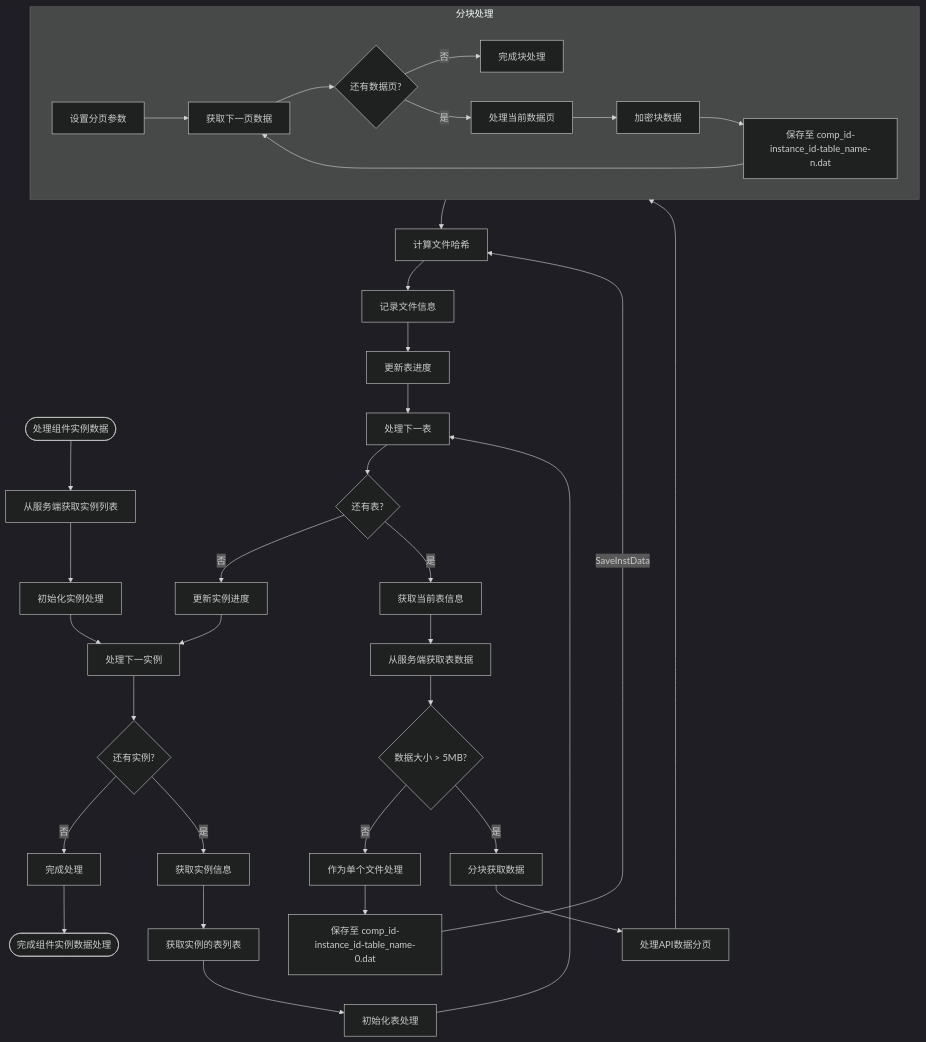
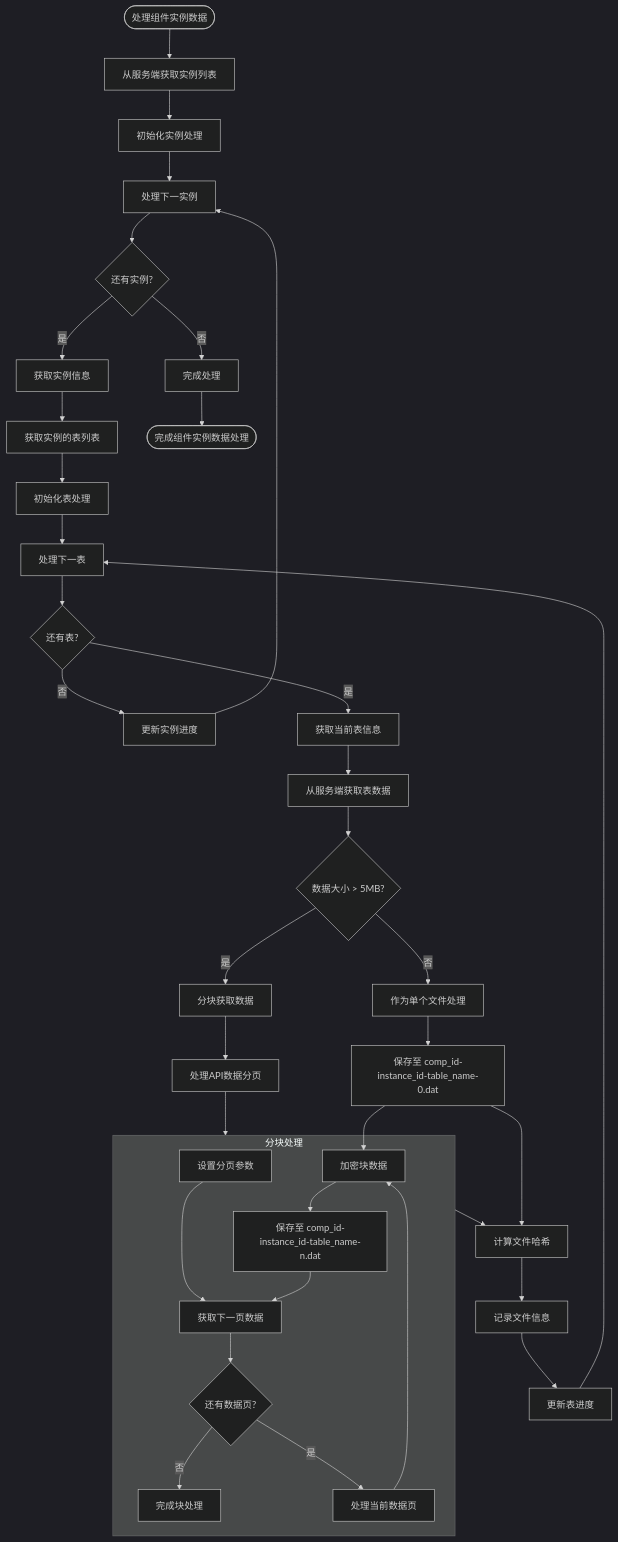
The diagram in all/未命名-52.md (yingjianzh/iodraw-files), drawn with Mermaid (dark theme) before and after one commit.

Commit message:
2025-05-09 15:21:50 update

````diff
--- a/all/未命名-52.md
+++ b/all/未命名-52.md
@@ -1,51 +1,51 @@
 ```mermaid
 flowchart TD
     Start([处理组件实例数据]) --> FetchInstanceList[从服务端获取实例列表]
     FetchInstanceList --> InitInstanceProcess[初始化实例处理]
     
     InitInstanceProcess --> ProcessNextInst[处理下一实例]
     ProcessNextInst --> MoreInsts{还有实例?}
     MoreInsts -->|否| CompleteProcess[完成处理]
     MoreInsts -->|是| GetInstanceInfo[获取实例信息]
     
     GetInstanceInfo --> FetchTableList[获取实例的表列表]
     FetchTableList --> InitTableProcess[初始化表处理]
     
     InitTableProcess --> ProcessNextTable[处理下一表]
     ProcessNextTable --> MoreTables{还有表?}
     MoreTables -->|否| UpdateInstProgress[更新实例进度]
     MoreTables -->|是| GetTableInfo[获取当前表信息]
     
     UpdateInstProgress --> ProcessNextInst
     
     GetTableInfo --> FetchTableData[从服务端获取表数据]
     FetchTableData --> DataSize{数据大小 > 5MB?}
     
     DataSize -->|否| SingleFile[作为单个文件处理]
     DataSize -->|是| ChunkedFetch[分块获取数据]
     
     SingleFile --> SaveInstData[保存至 comp_id-instance_id-table_name-0.dat]
     ChunkedFetch --> ProcessAPIChunks[处理API数据分页]
     
     subgraph ChunkProcess [分块处理]
         C1[设置分页参数] --> C2[获取下一页数据]
         C2 --> C3{还有数据页?}
         C3 -->|否| C7[完成块处理]
         C3 -->|是| C4[处理当前数据页]
         C4 --> C5[加密块数据]
         C5 --> C6[保存至 comp_id-instance_id-table_name-n.dat]
         C6 --> C2
     end
     
     ProcessAPIChunks --> ChunkProcess
     
-    SaveInstData --
+    SaveInstData --> C5
     SaveInstData --> CalcFileHash[计算文件哈希]
     ChunkProcess --> CalcFileHash
     
     CalcFileHash --> RecordFileInfo[记录文件信息]
     RecordFileInfo --> UpdateTableProgress[更新表进度]
     UpdateTableProgress --> ProcessNextTable
     
     CompleteProcess --> End([完成组件实例数据处理])
 ```
````
